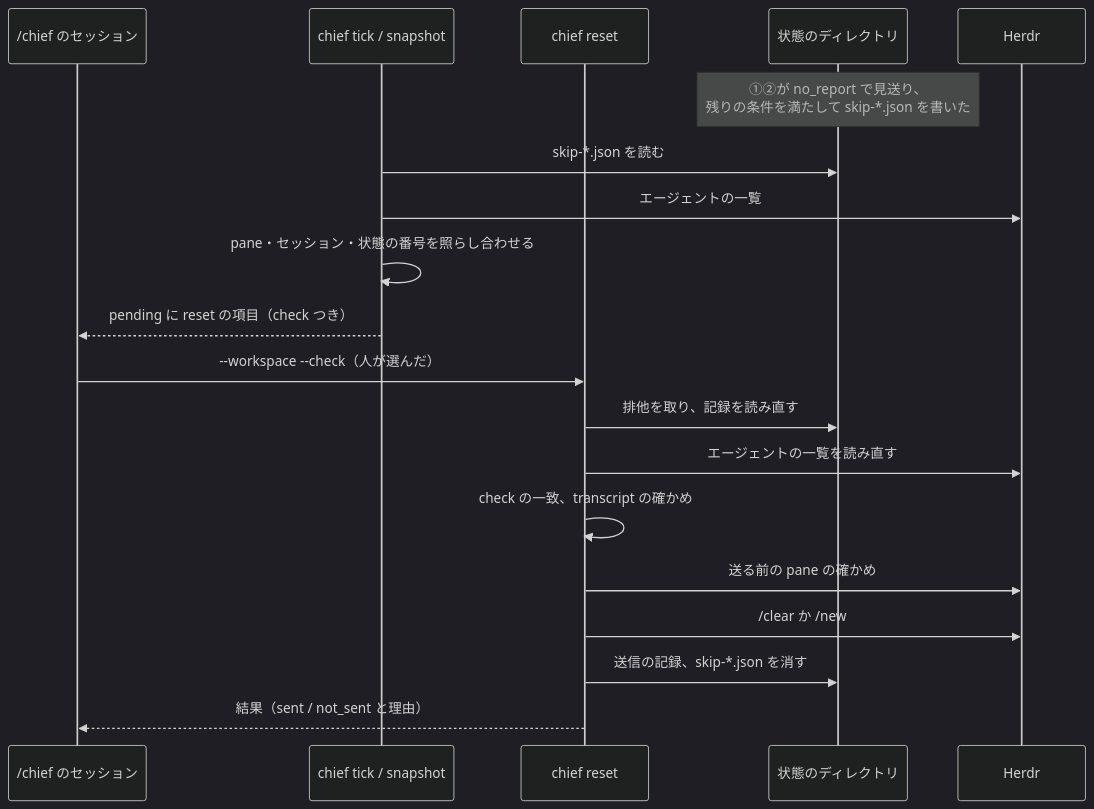
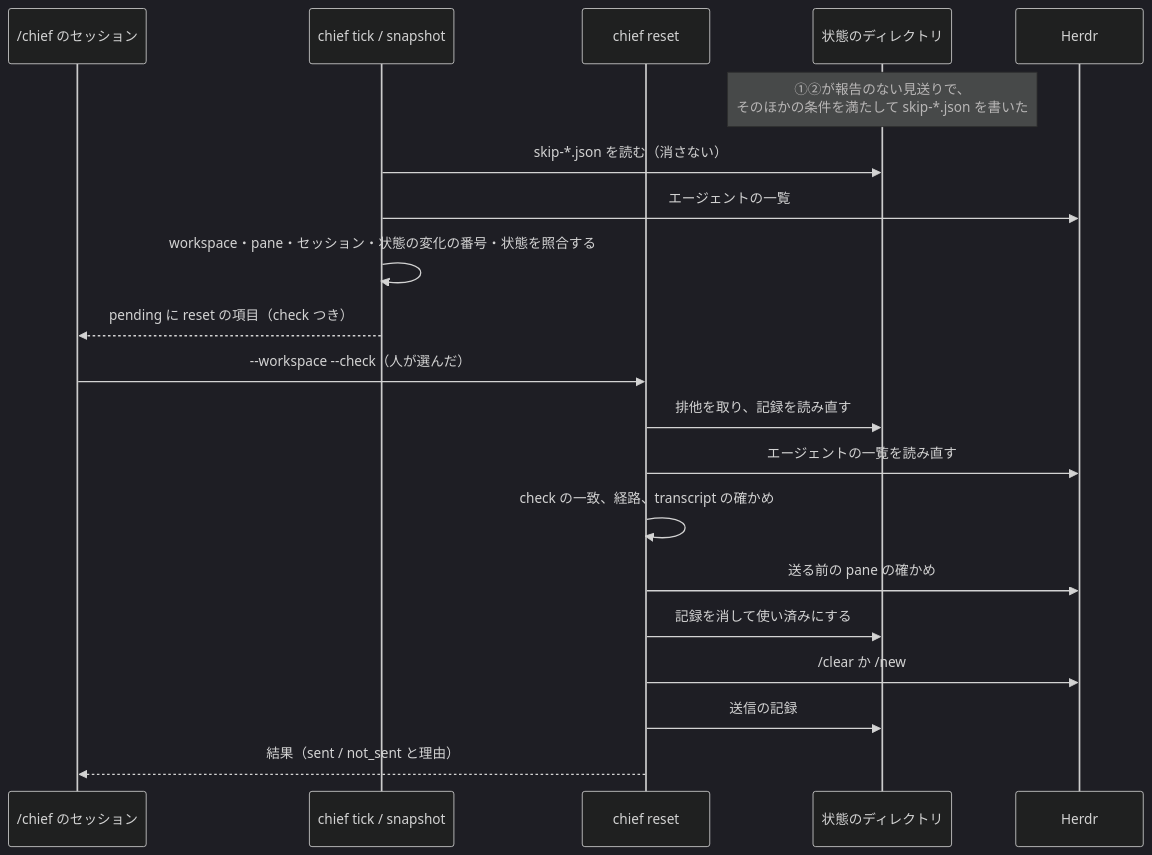
One commit to isseis/yt2column changed the second of 2 diagrams in docs/tasks/0097_chief_reset_offer/02_architecture.md. Above: the diagram before and after it, drawn with Mermaid (dark theme). The commit also changed other lines of this file and 3 other files, not shown here.

````diff
--- a/docs/tasks/0097_chief_reset_offer/02_architecture.md
+++ b/docs/tasks/0097_chief_reset_offer/02_architecture.md
@@ -207,22 +280,23 @@
 ```mermaid
 sequenceDiagram
     participant S as /chief のセッション
     participant T as chief tick / snapshot
     participant R as chief reset
     participant St as 状態のディレクトリ
     participant H as Herdr
 
-    Note over St: ①②が no_report で見送り、<br>残りの条件を満たして skip-*.json を書いた
-    T->>St: skip-*.json を読む
+    Note over St: ①②が報告のない見送りで、<br>そのほかの条件を満たして skip-*.json を書いた
+    T->>St: skip-*.json を読む（消さない）
     T->>H: エージェントの一覧
-    T->>T: pane・セッション・状態の番号を照らし合わせる
+    T->>T: workspace・pane・セッション・状態の変化の番号・状態を照合する
     T-->>S: pending に reset の項目（check つき）
     S->>R: --workspace --check（人が選んだ）
     R->>St: 排他を取り、記録を読み直す
     R->>H: エージェントの一覧を読み直す
-    R->>R: check の一致、transcript の確かめ
+    R->>R: check の一致、経路、transcript の確かめ
     R->>H: 送る前の pane の確かめ
+    R->>St: 記録を消して使い済みにする
     R->>H: /clear か /new
-    R->>St: 送信の記録、skip-*.json を消す
+    R->>St: 送信の記録
     R-->>S: 結果（sent / not_sent と理由）
 ```
````
